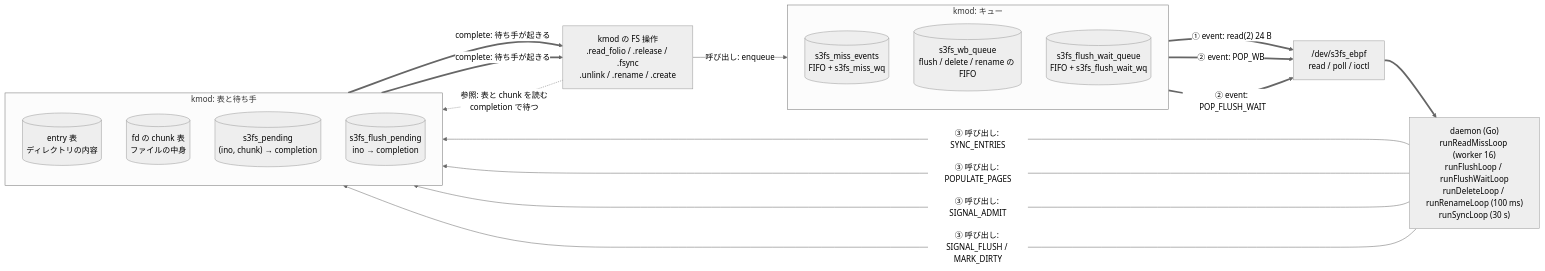
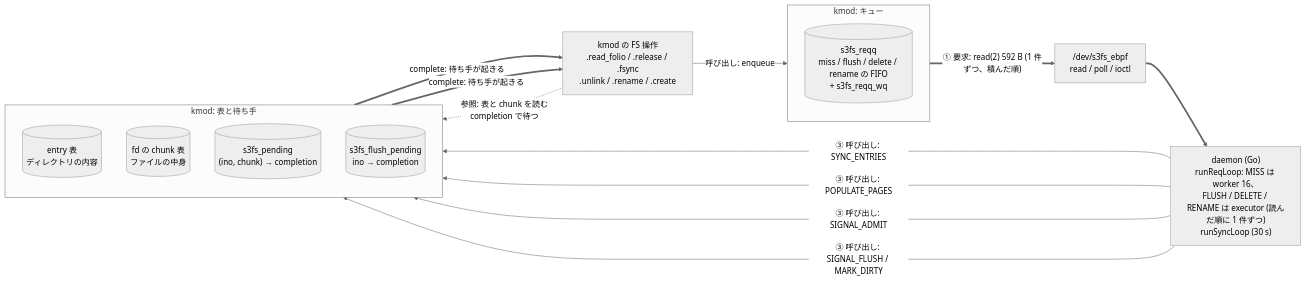
Before and after one commit to masu-mi/s3fs-ebpf: the first of 5 diagrams in docs/design/daemon-kmod-messaging.md, drawn with Mermaid (neutral theme). The commit also changed other lines of this file and 26 other files, not shown here.

First line of the commit message:
v2 Phase 4 (part 2): one request queue (reqq) and one read(2) port for miss / flush / delete / rename

````diff
--- a/docs/design/daemon-kmod-messaging.md
+++ b/docs/design/daemon-kmod-messaging.md
@@ -11,36 +11,32 @@
 ```mermaid
 flowchart LR
     FS["kmod の FS 操作<br/>.read_folio / .release / .fsync<br/>.unlink / .rename / .create"]
 
     subgraph Q["kmod: キュー"]
       direction TB
-      ME[("s3fs_miss_events<br/>FIFO + s3fs_miss_wq")]
-      WQ[("s3fs_wb_queue<br/>flush / delete / rename の FIFO")]
-      FW[("s3fs_flush_wait_queue<br/>FIFO + s3fs_flush_wait_wq")]
+      RQ[("s3fs_reqq<br/>miss / flush / delete / rename の FIFO<br/>+ s3fs_reqq_wq")]
     end
 
     DEV["/dev/s3fs_ebpf<br/>read / poll / ioctl"]
 
-    D["daemon (Go)<br/>runReadMissLoop (worker 16)<br/>runFlushLoop / runFlushWaitLoop<br/>runDeleteLoop / runRenameLoop (100 ms)<br/>runSyncLoop (30 s)"]
+    D["daemon (Go)<br/>runReqLoop: MISS は worker 16、<br/>FLUSH / DELETE / RENAME は executor (読んだ順に 1 件ずつ)<br/>runSyncLoop (30 s)"]
 
     subgraph T["kmod: 表と待ち手"]
       direction TB
       EN[("entry 表<br/>ディレクトリの内容")]
       CH[("fd の chunk 表<br/>ファイルの中身")]
       PD[("s3fs_pending<br/>(ino, chunk) → completion")]
       FP[("s3fs_flush_pending<br/>ino → completion")]
     end
 
     FS -->|"呼び出し: enqueue"| Q
     FS -.->|"参照: 表と chunk を読む<br/>completion で待つ"| T
-    ME ==>|"① event: read(2) 24 B"| DEV
-    WQ ==>|"② event: POP_WB"| DEV
-    FW ==>|"② event: POP_FLUSH_WAIT"| DEV
+    RQ ==>|"① 要求: read(2) 592 B (1 件ずつ、積んだ順)"| DEV
     DEV ==> D
     D -->|"③ 呼び出し: SYNC_ENTRIES"| EN
     D -->|"③ 呼び出し: POPULATE_PAGES"| CH
     D -->|"③ 呼び出し: SIGNAL_ADMIT"| PD
     D -->|"③ 呼び出し: SIGNAL_FLUSH / MARK_DIRTY"| FP
     PD ==>|"complete: 待ち手が起きる"| FS
     FP ==>|"complete: 待ち手が起きる"| FS
 ```
````
